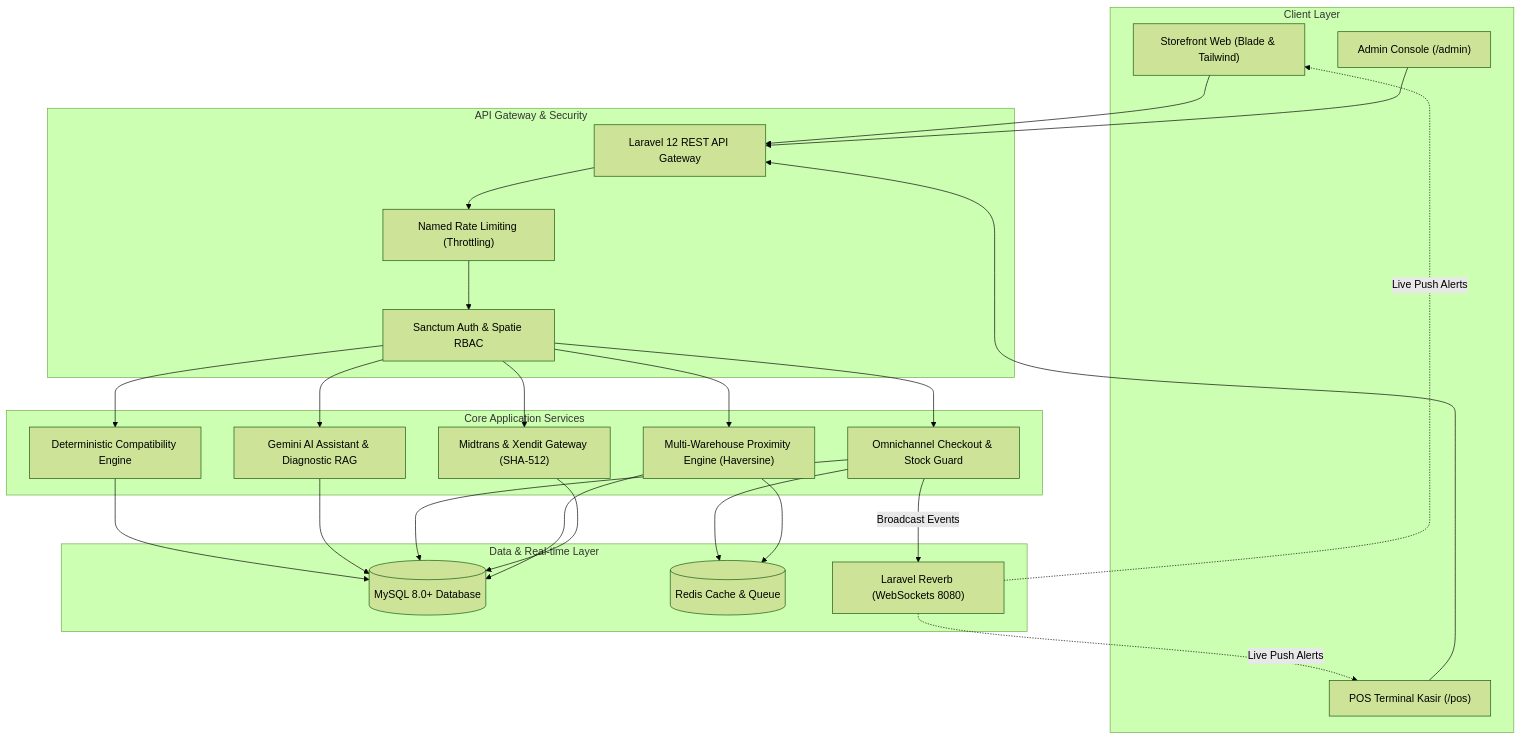
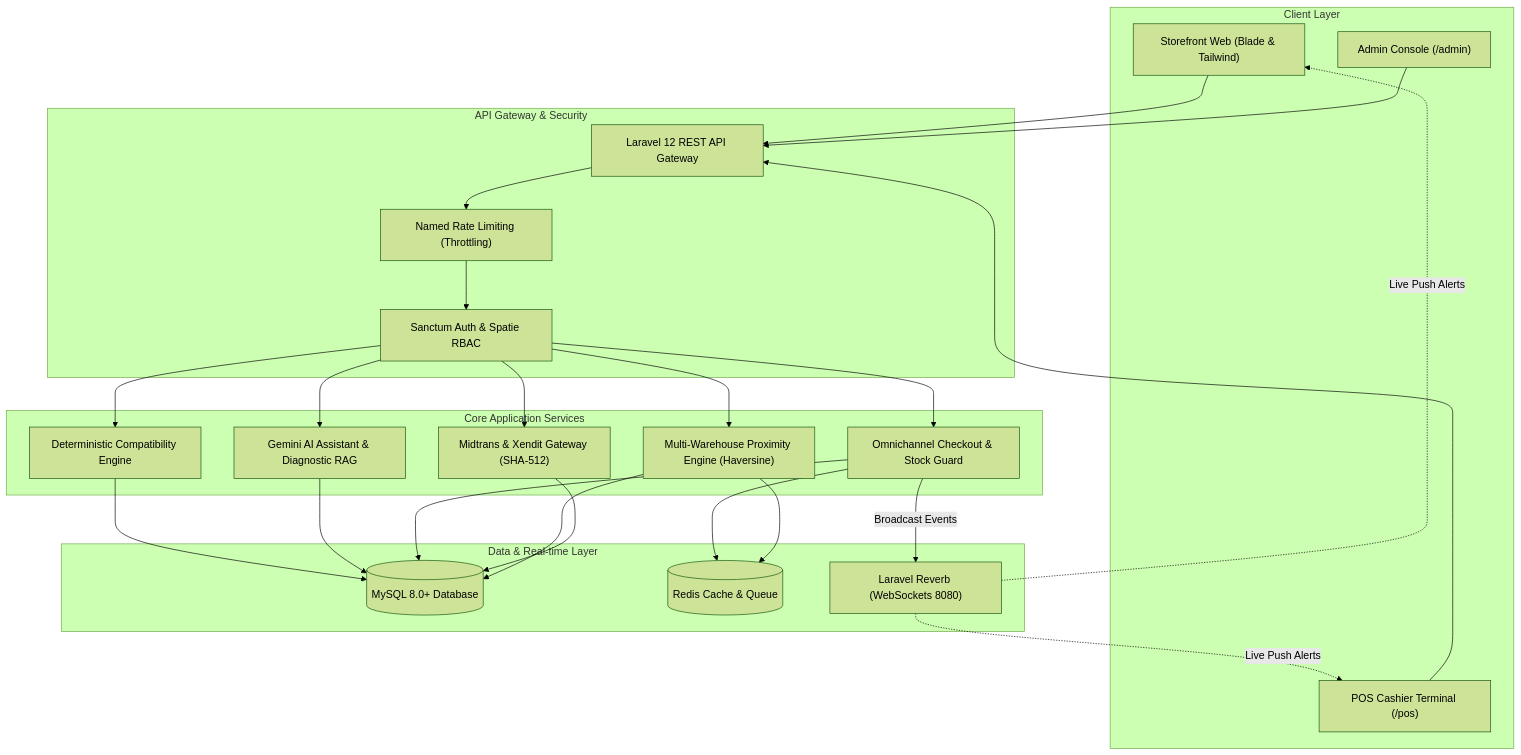
The diagram in README.md (LESOTOLE/retail), drawn with Mermaid (forest theme) before and after one commit. The commit also changed other lines of this file, not shown here.

````diff
--- a/README.md
+++ b/README.md
@@ -83,46 +83,46 @@
 ```mermaid
 flowchart TD
     subgraph ClientLayer["Client Layer"]
         A1["Storefront Web (Blade & Tailwind)"]
-        A2["POS Terminal Kasir (/pos)"]
+        A2["POS Cashier Terminal (/pos)"]
         A3["Admin Console (/admin)"]
     end
 
     subgraph GatewayLayer["API Gateway & Security"]
         B1["Laravel 12 REST API Gateway"]
         B2["Named Rate Limiting (Throttling)"]
         B3["Sanctum Auth & Spatie RBAC"]
     end
 
     subgraph ServiceLayer["Core Application Services"]
         C1["Deterministic Compatibility Engine"]
         C2["Gemini AI Assistant & Diagnostic RAG"]
         C3["Omnichannel Checkout & Stock Guard"]
         C4["Multi-Warehouse Proximity Engine (Haversine)"]
         C5["Midtrans & Xendit Gateway (SHA-512)"]
     end
 
     subgraph StorageLayer["Data & Real-time Layer"]
         D1[("MySQL 8.0+ Database")]
         D2[("Redis Cache & Queue")]
         D3["Laravel Reverb (WebSockets 8080)"]
     end
 
     A1 --> B1
     A2 --> B1
     A3 --> B1
 
     B1 --> B2
     B2 --> B3
     B3 --> C1
     B3 --> C2
     B3 --> C3
     B3 --> C4
     B3 --> C5
 
     C1 & C2 & C3 & C4 & C5 --> D1
     C3 & C4 --> D2
     C3 -->|Broadcast Events| D3
     D3 -.->|Live Push Alerts| A1
     D3 -.->|Live Push Alerts| A2
 ```
````
